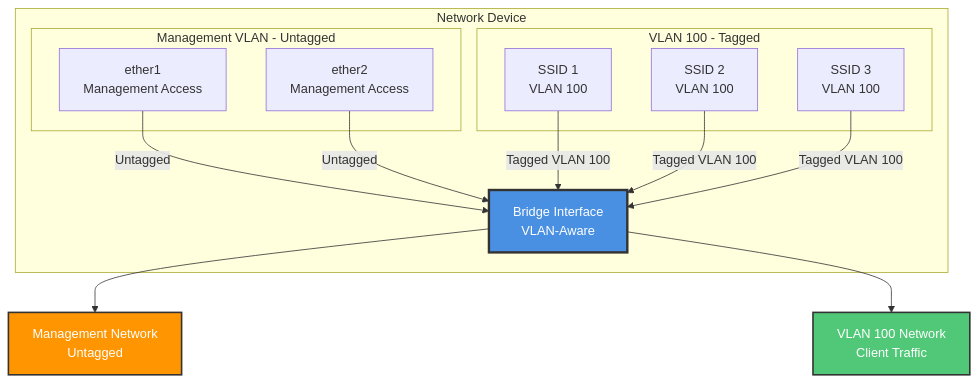
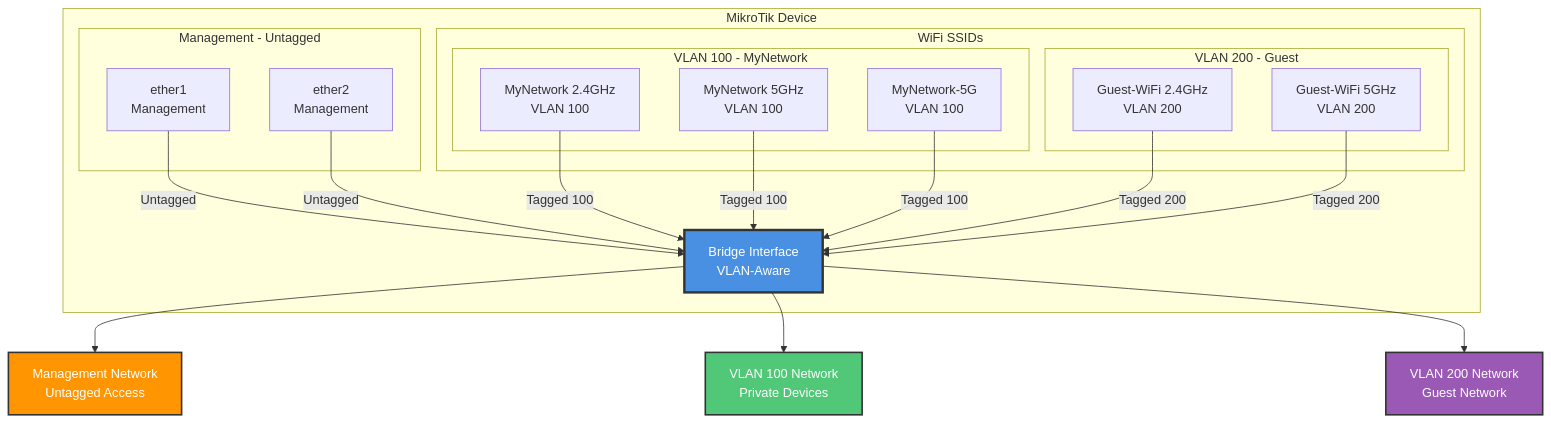
One commit to NickBorgers/mikrotik-as-wap-configurator changed the diagram in README.md. Above: the diagram before and after it, drawn with Mermaid.

Commit message:
Update Mermaid diagram to reflect multi-VLAN setup
- Show both VLAN 100 (MyNetwork) and VLAN 200 (Guest-WiFi)
- Display separate 2.4GHz and 5GHz SSIDs as shown in config.example.yaml
- Add color coding for guest network (purple)
- Improve diagram clarity with nested subgraphs

🤖 Generated with [Claude Code](https://claude.com/claude-code)

````diff
--- a/README.md
+++ b/README.md
@@ -10,30 +10,41 @@
 ```mermaid
 graph TB
-    subgraph "Network Device"
+    subgraph "MikroTik Device"
         Bridge[Bridge Interface<br/>VLAN-Aware]
 
-        subgraph "Management VLAN - Untagged"
-            Ether1[ether1<br/>Management Access]
-            Ether2[ether2<br/>Management Access]
+        subgraph "Management - Untagged"
+            Ether1[ether1<br/>Management]
+            Ether2[ether2<br/>Management]
         end
 
-        subgraph "VLAN 100 - Tagged"
-            SSID1[SSID 1<br/>VLAN 100]
-            SSID2[SSID 2<br/>VLAN 100]
-            SSID3[SSID 3<br/>VLAN 100]
+        subgraph "WiFi SSIDs"
+            subgraph "VLAN 100 - MyNetwork"
+                SSID1_24[MyNetwork 2.4GHz<br/>VLAN 100]
+                SSID1_5[MyNetwork 5GHz<br/>VLAN 100]
+                SSID2_5[MyNetwork-5G<br/>VLAN 100]
+            end
+
+            subgraph "VLAN 200 - Guest"
+                SSID3_24[Guest-WiFi 2.4GHz<br/>VLAN 200]
+                SSID3_5[Guest-WiFi 5GHz<br/>VLAN 200]
+            end
         end
 
         Ether1 -->|Untagged| Bridge
         Ether2 -->|Untagged| Bridge
-        SSID1 -->|Tagged VLAN 100| Bridge
-        SSID2 -->|Tagged VLAN 100| Bridge
-        SSID3 -->|Tagged VLAN 100| Bridge
+        SSID1_24 -->|Tagged 100| Bridge
+        SSID1_5 -->|Tagged 100| Bridge
+        SSID2_5 -->|Tagged 100| Bridge
+        SSID3_24 -->|Tagged 200| Bridge
+        SSID3_5 -->|Tagged 200| Bridge
     end
 
-    Bridge --> MgmtNet[Management Network<br/>Untagged]
-    Bridge --> VLAN100Net[VLAN 100 Network<br/>Client Traffic]
+    Bridge --> MgmtNet[Management Network<br/>Untagged Access]
+    Bridge --> VLAN100Net[VLAN 100 Network<br/>Private Devices]
+    Bridge --> VLAN200Net[VLAN 200 Network<br/>Guest Network]
 
     style Bridge fill:#4a90e2,stroke:#333,stroke-width:3px,color:#fff
     style MgmtNet fill:#ff9500,stroke:#333,stroke-width:2px,color:#fff
     style VLAN100Net fill:#50c878,stroke:#333,stroke-width:2px,color:#fff
+    style VLAN200Net fill:#9b59b6,stroke:#333,stroke-width:2px,color:#fff
 ```
````
